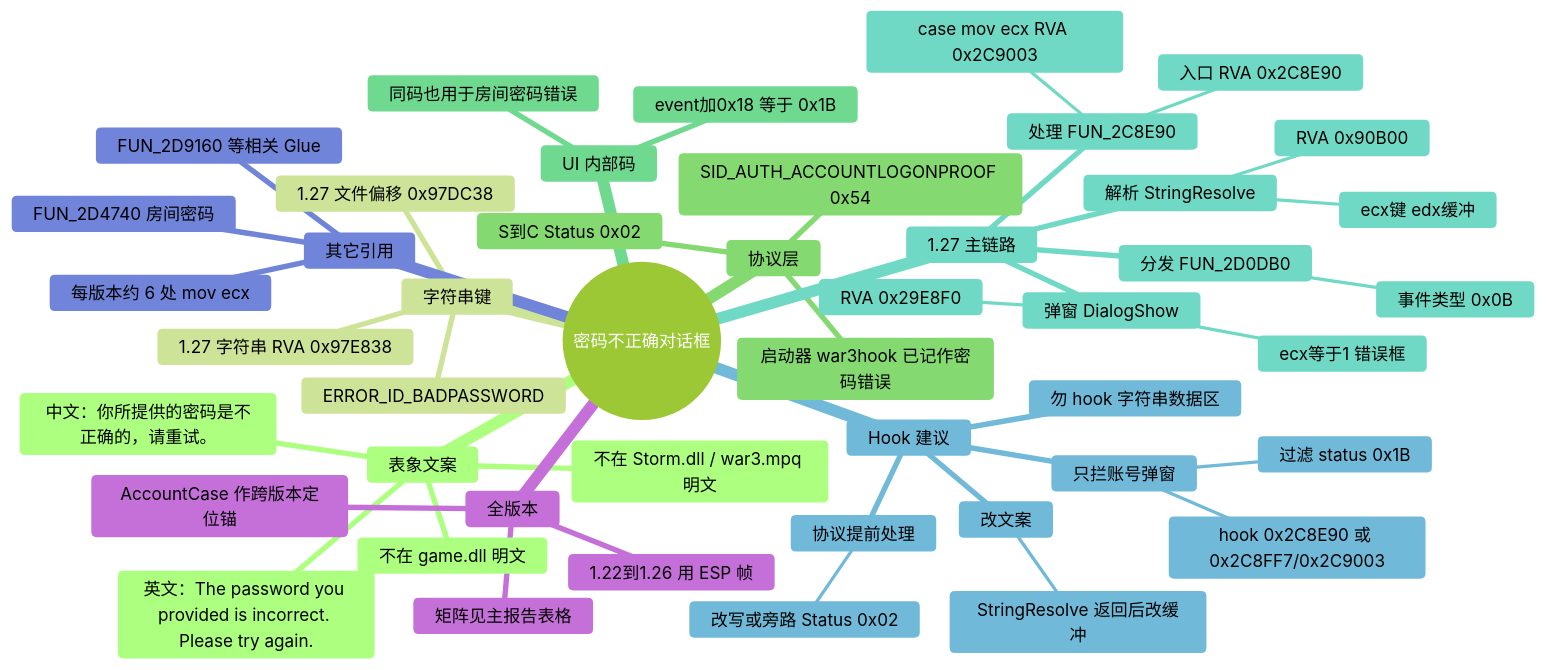
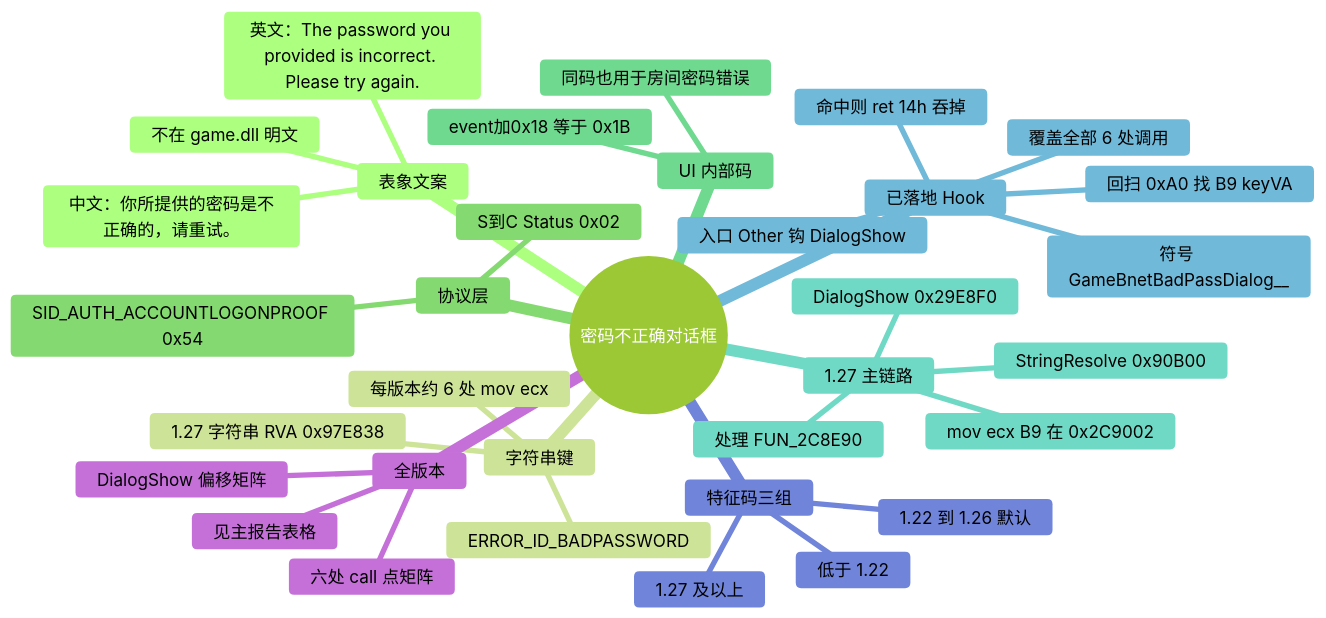
The diagram in analyses/warcraft-iii-battlenet-badpassword-dialog-mindmap.md (wuxiancong/War3Analysis), drawn with Mermaid (forest theme) before and after one commit. The commit also changed other lines of this file and 53 other files, not shown here.

````diff
--- a/analyses/warcraft-iii-battlenet-badpassword-dialog-mindmap.md
+++ b/analyses/warcraft-iii-battlenet-badpassword-dialog-mindmap.md
@@ -3,49 +10,37 @@
 ```mermaid
 mindmap
   root((密码不正确对话框))
     表象文案
       中文：你所提供的密码是不正确的，请重试。
       英文：The password you provided is incorrect. Please try again.
       不在 game.dll 明文
-      不在 Storm.dll / war3.mpq 明文
     字符串键
       ERROR_ID_BADPASSWORD
+      每版本约 6 处 mov ecx
       1.27 字符串 RVA 0x97E838
-      1.27 文件偏移 0x97DC38
     协议层
       SID_AUTH_ACCOUNTLOGONPROOF 0x54
       S到C Status 0x02
-      启动器 war3hook 已记作密码错误
     UI 内部码
       event加0x18 等于 0x1B
       同码也用于房间密码错误
     1.27 主链路
-      分发 FUN_2D0DB0
-        事件类型 0x0B
       处理 FUN_2C8E90
-        入口 RVA 0x2C8E90
-        case mov ecx RVA 0x2C9003
-      解析 StringResolve
-        RVA 0x90B00
-        ecx键 edx缓冲
-      弹窗 DialogShow
-        RVA 0x29E8F0
-        ecx等于1 错误框
-    Hook 建议
-      只拦账号弹窗
-        hook 0x2C8E90 或 0x2C8FF7/0x2C9003
-        过滤 status 0x1B
-      改文案
-        StringResolve 返回后改缓冲
-      协议提前处理
-        改写或旁路 Status 0x02
-      勿 hook 字符串数据区
-    其它引用
-      FUN_2D4740 房间密码
-      FUN_2D9160 等相关 Glue
-      每版本约 6 处 mov ecx
+      mov ecx B9 在 0x2C9002
+      StringResolve 0x90B00
+      DialogShow 0x29E8F0
+    已落地 Hook
+      符号 GameBnetBadPassDialog__
+      入口 Other 钩 DialogShow
+      回扫 0xA0 找 B9 keyVA
+      命中则 ret 14h 吞掉
+      覆盖全部 6 处调用
+    特征码三组
+      低于 1.22
+      1.22 到 1.26 默认
+      1.27 及以上
     全版本
-      AccountCase 作跨版本定位锚
-      1.22到1.26 用 ESP 帧
-      矩阵见主报告表格
+      DialogShow 偏移矩阵
+      六处 call 点矩阵
+      见主报告表格
 ```
````
